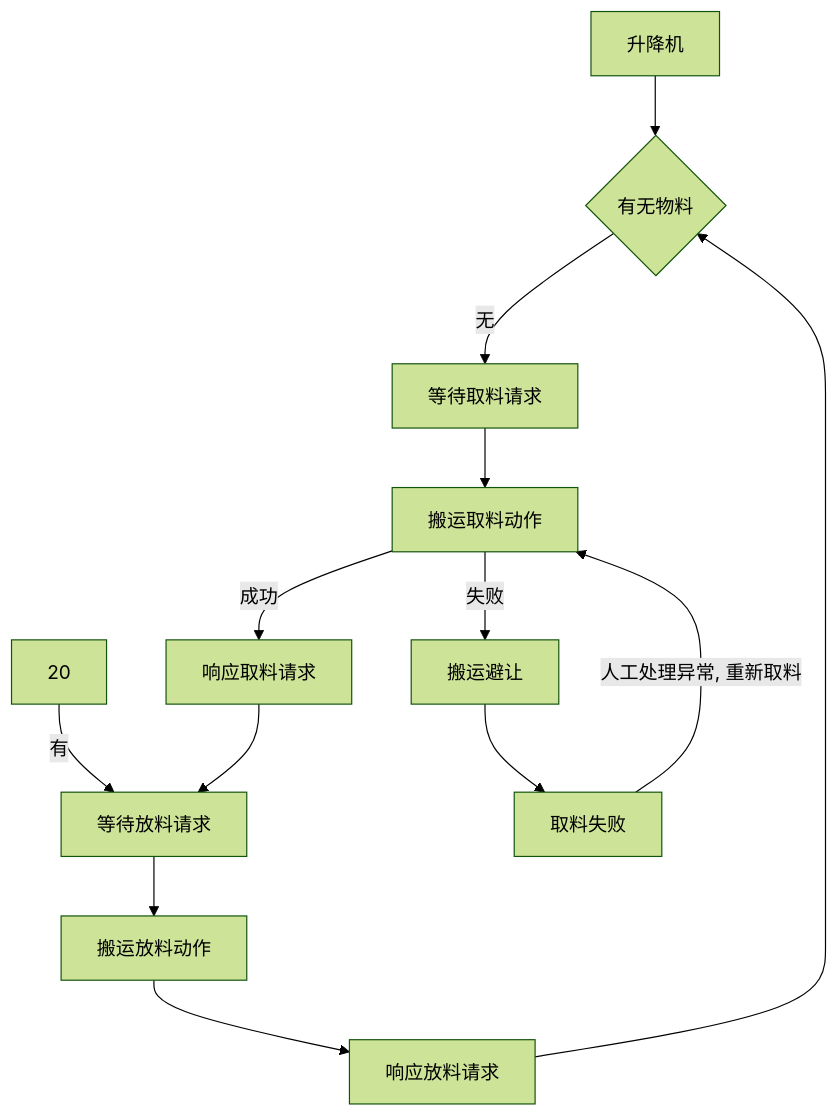
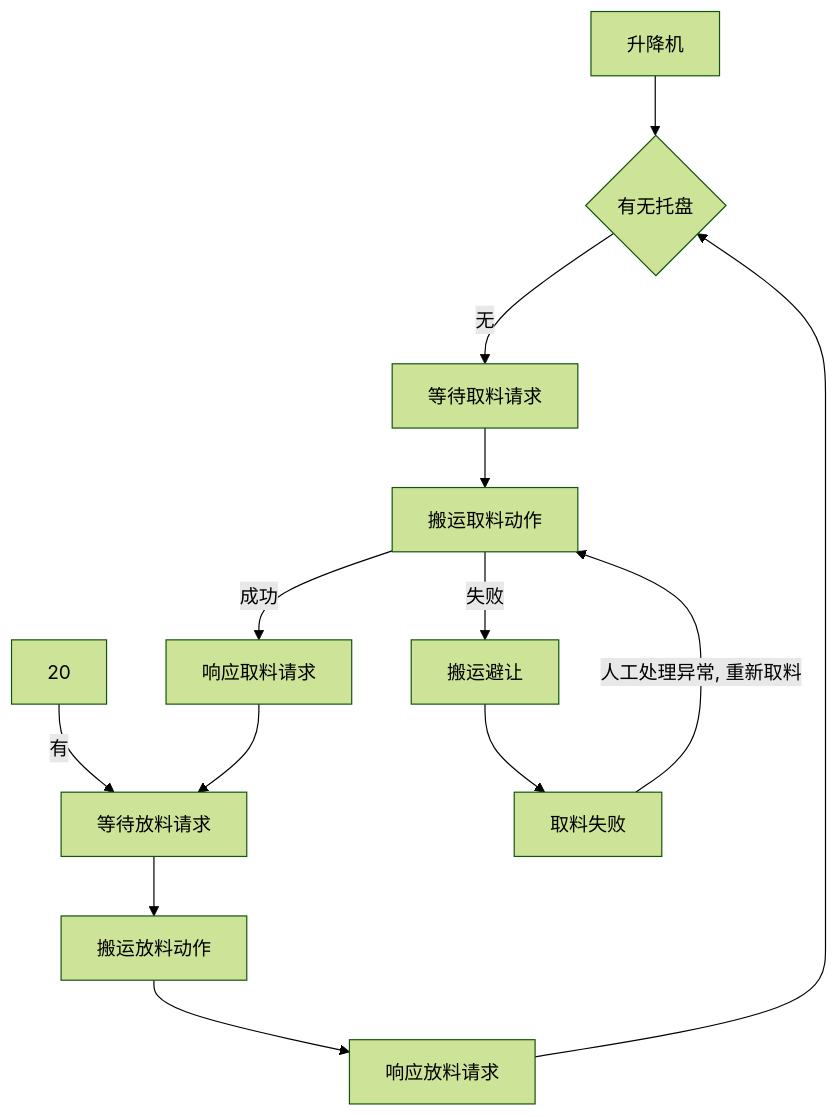
One commit to PengKun1/iodraw-files changed the diagram in all/升降台.md. Above: the diagram before and after it, drawn with Mermaid (forest theme).

Commit message:
2024-12-23 10:18:41 update

````diff
--- a/all/升降台.md
+++ b/all/升降台.md
@@ -1,16 +1,16 @@
 ```mermaid
 graph TD
 0[升降机]-->10
-10{有无物料}-->|无|30
+10{有无托盘}-->|无|30
 20-->|有|60
 30[等待取料请求]-->40
 40[搬运取料动作]-->|成功|50
 40-->|失败|90
 50[响应取料请求]-->60
 60[等待放料请求]-->70
 70[搬运放料动作]-->80
 80[响应放料请求]-->10
 90[搬运避让]-->900
 
 900[取料失败]-->|人工处理异常, 重新取料|40
 ```
````
